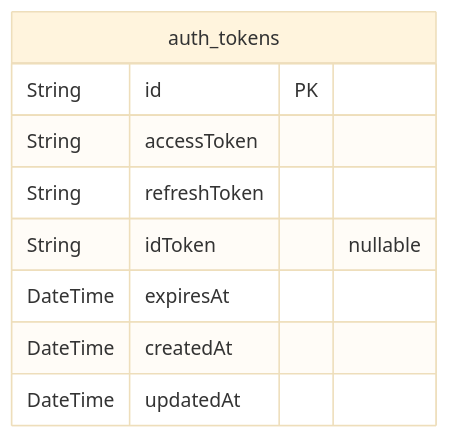
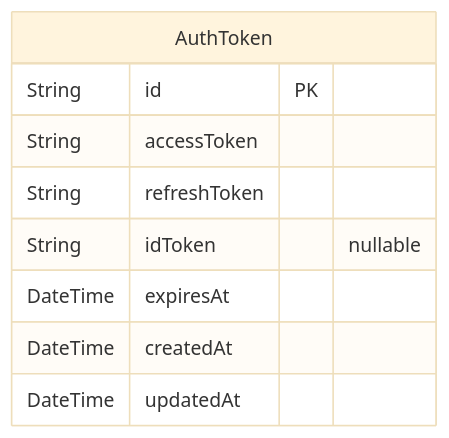
One commit to rayven122/tumiki changed the first of 2 diagrams in apps/desktop/prisma/README.md. Above: the diagram before and after it, drawn with Mermaid (base theme). The commit also changed other lines of this file and 3 other files, not shown here.

````diff
--- a/apps/desktop/prisma/README.md
+++ b/apps/desktop/prisma/README.md
@@ -8,12 +8,12 @@
 ```mermaid
 erDiagram
-"auth_tokens" {
+"AuthToken" {
   String id PK
   String accessToken
   String refreshToken
   String idToken "nullable"
   DateTime expiresAt
   DateTime createdAt
   DateTime updatedAt
 }
 ```
````
